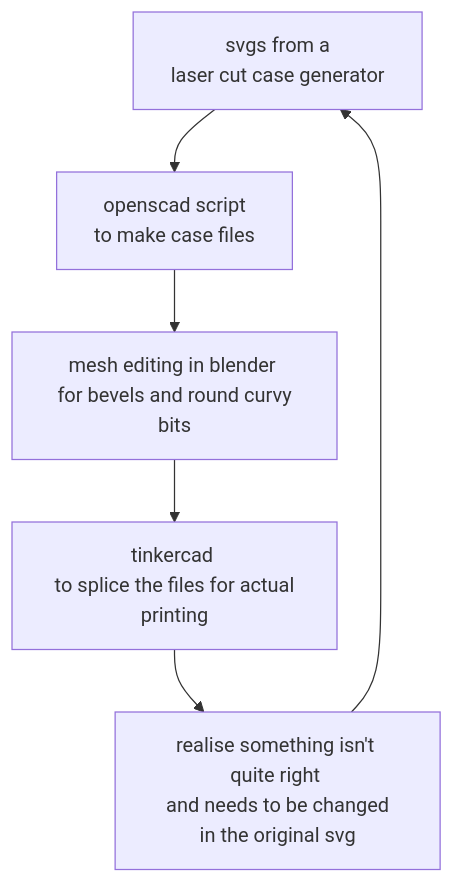
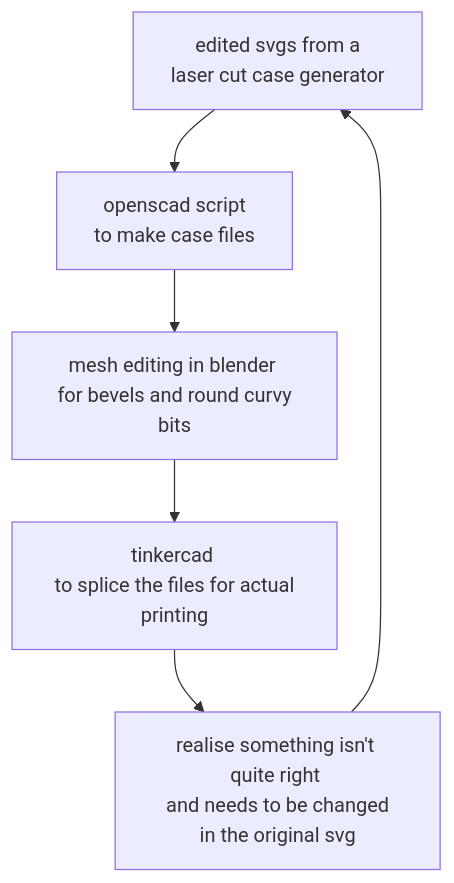
One commit to kevin-nel/babyv changed the diagram in readme.md. Above: the diagram before and after it, drawn with Mermaid. The commit also changed other lines of this file and 4 other files, not shown here.

````diff
--- a/readme.md
+++ b/readme.md
@@ -25,8 +26,8 @@
 ```mermaid
 flowchart
-    A[svgs from a <br> laser cut case generator] --> B[openscad script  <br> to make case files];
+    A[edited svgs from a <br> laser cut case generator] --> B[openscad script  <br> to make case files];
     B --> C[mesh editing in blender <br> for bevels and round curvy bits];
     C --> D[tinkercad <br> to splice the files for actual printing];
     D --> E[realise something isn't quite right <br> and needs to be changed in the original svg];
     E-->A;
 ```
````
